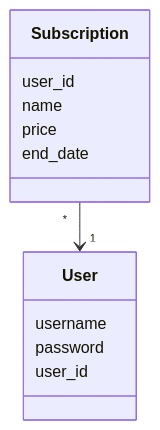
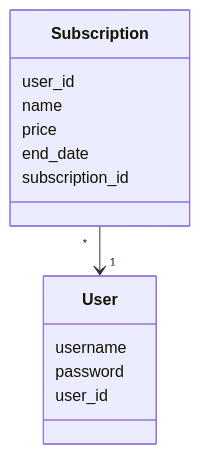
Before and after one commit to imhlas/ot-harjoitustyo: the first of 4 diagrams in harjoitustyo/dokumentaatio/arkkitehtuuri.md, drawn with Mermaid. The commit also changed other lines of this file and 3 other files, not shown here.

````diff
--- a/harjoitustyo/dokumentaatio/arkkitehtuuri.md
+++ b/harjoitustyo/dokumentaatio/arkkitehtuuri.md
@@ -28,15 +28,16 @@
 ```mermaid
 classDiagram
       class User {
         username
         password
         user_id
       }
       class Subscription {
         user_id
         name
         price
         end_date
+        subscription_id
       }
       Subscription "*" --> "1" User    
 ```
````
